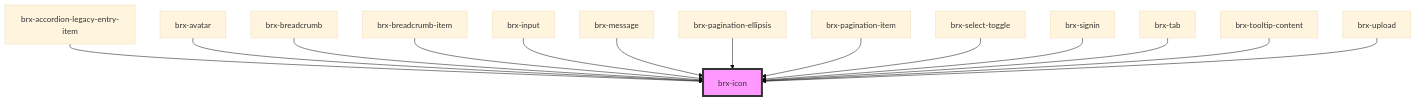
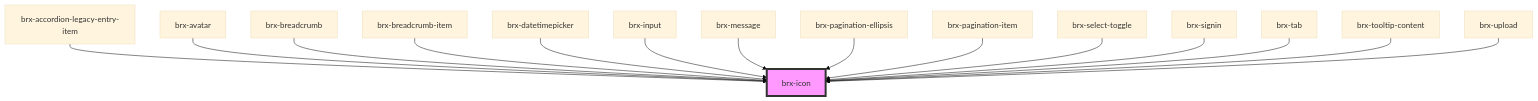
The diagram in packages/core/src/components/brx-icon/readme.md (copperui/copperui), drawn with Mermaid (base theme) before and after one commit. The commit also changed other lines of this file and 15 other files, not shown here.

Commit message:
feat(core): components: brx-datetimepicker (#53) [WIP]

````diff
--- a/packages/core/src/components/brx-icon/readme.md
+++ b/packages/core/src/components/brx-icon/readme.md
@@ -34,17 +35,18 @@
 ```mermaid
 graph TD;
   brx-accordion-legacy-entry-item --> brx-icon
   brx-avatar --> brx-icon
   brx-breadcrumb --> brx-icon
   brx-breadcrumb-item --> brx-icon
+  brx-datetimepicker --> brx-icon
   brx-input --> brx-icon
   brx-message --> brx-icon
   brx-pagination-ellipsis --> brx-icon
   brx-pagination-item --> brx-icon
   brx-select-toggle --> brx-icon
   brx-signin --> brx-icon
   brx-tab --> brx-icon
   brx-tooltip-content --> brx-icon
   brx-upload --> brx-icon
   style brx-icon fill:#f9f,stroke:#333,stroke-width:4px
 ```
````
